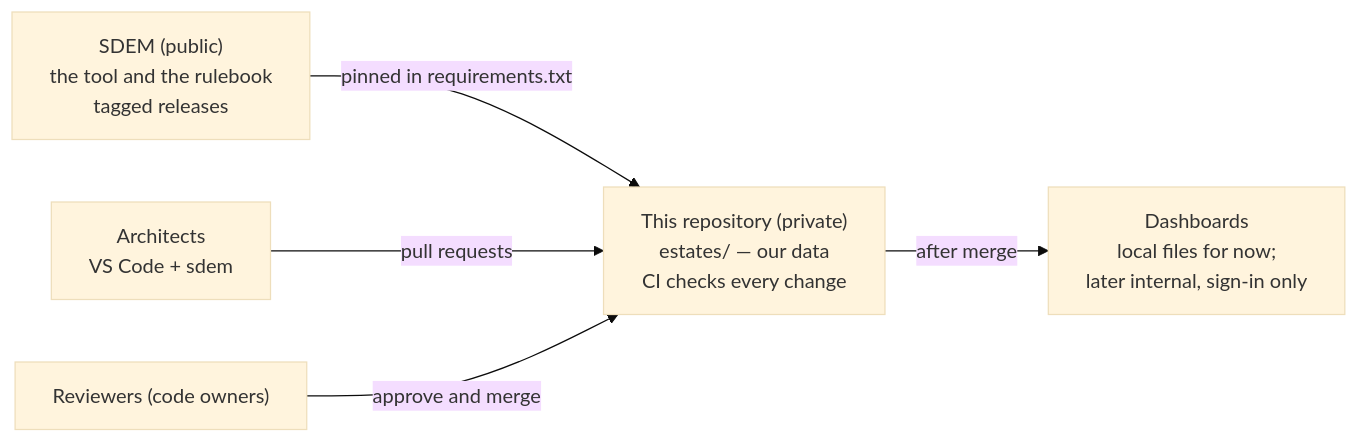
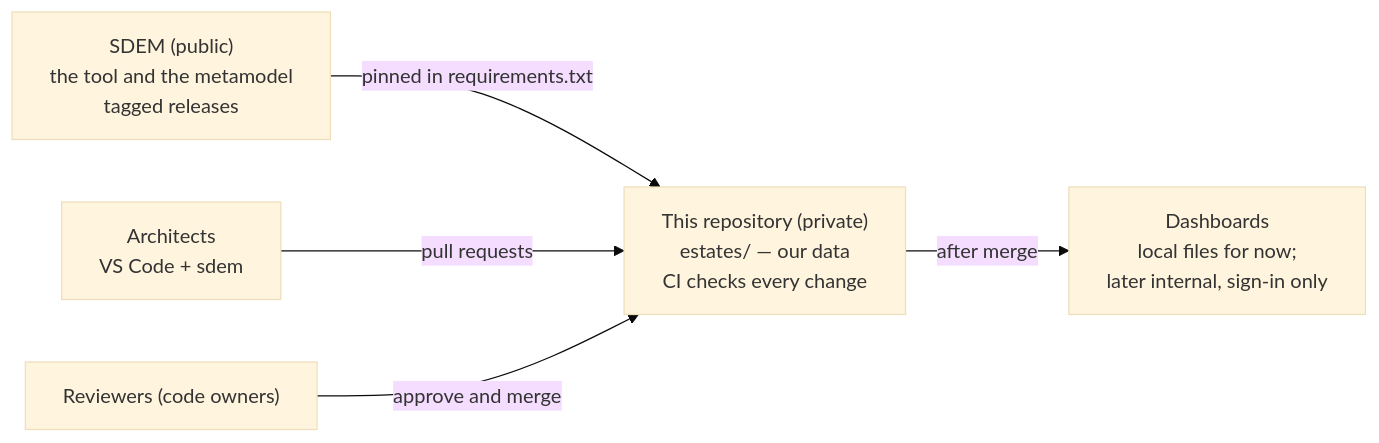
The diagram in templates/estate-repo/README.md (taumoeps/bian-sdem-framework), drawn with Mermaid (base theme) before and after one commit. The commit also changed other lines of this file and 71 other files, not shown here.

Commit message:
One name: metamodel — "rulebook" removed from documents, messages, help and code comments; files renamed (docs/sdem-metamodel-guide.md, docs/design/sdem-metamodel-versioning.md, tests/test_engine_metamodel.py); no data, command or option changes; historical records keep their original words

````diff
--- a/templates/estate-repo/README.md
+++ b/templates/estate-repo/README.md
@@ -5,7 +5,7 @@
 ```mermaid
 flowchart LR
-    S["SDEM (public)<br/>the tool and the rulebook<br/>tagged releases"] -- "pinned in requirements.txt" --> E["This repository (private)<br/>estates/ — our data<br/>CI checks every change"]
+    S["SDEM (public)<br/>the tool and the metamodel<br/>tagged releases"] -- "pinned in requirements.txt" --> E["This repository (private)<br/>estates/ — our data<br/>CI checks every change"]
     E -- "after merge" --> D["Dashboards<br/>local files for now;<br/>later internal, sign-in only"]
     A["Architects<br/>VS Code + sdem"] -- "pull requests" --> E
     R["Reviewers (code owners)"] -- "approve and merge" --> E
 ```
````
